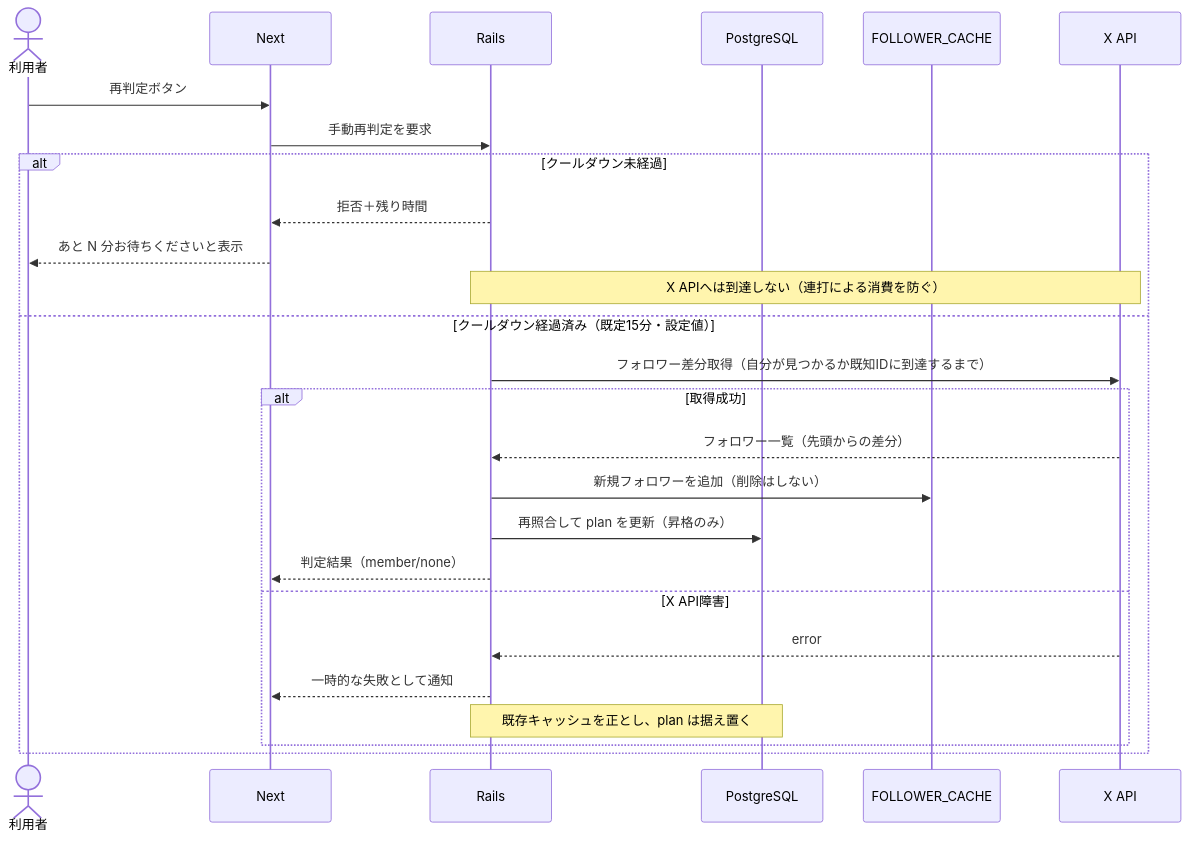
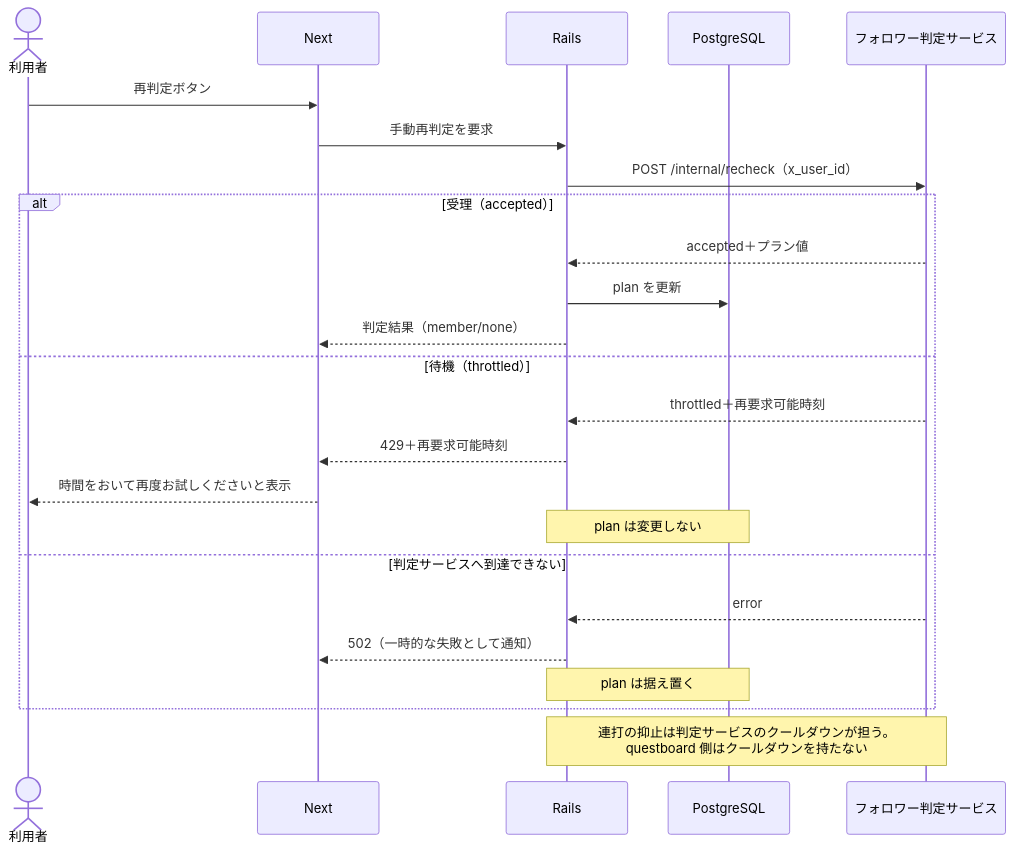
One commit to rictaworks/questboard changed the sixth of 12 diagrams in questboard_design_document.md. Above: the diagram before and after it, drawn with Mermaid. The commit also changed other lines of this file and 51 other files, not shown here.

First line of the commit message:
[機能] フォロワー判定を x-follower-gate へ委譲する (#254)

````diff
--- a/questboard_design_document.md
+++ b/questboard_design_document.md
@@ -422,29 +417,27 @@
 ```mermaid
 sequenceDiagram
     actor U as 利用者
     participant FE as Next
     participant API as Rails
     participant DB as PostgreSQL
-    participant CACHE as FOLLOWER_CACHE
-    participant XAPI as X API
+    participant GATE as フォロワー判定サービス
 
     U->>FE: 再判定ボタン
     FE->>API: 手動再判定を要求
-    alt クールダウン未経過
-        API-->>FE: 拒否＋残り時間
-        FE-->>U: あと N 分お待ちくださいと表示
-        Note over API,XAPI: X APIへは到達しない（連打による消費を防ぐ）
-    else クールダウン経過済み（既定15分・設定値）
-        API->>XAPI: フォロワー差分取得（自分が見つかるか既知IDに到達するまで）
-        alt 取得成功
-            XAPI-->>API: フォロワー一覧（先頭からの差分）
-            API->>CACHE: 新規フォロワーを追加（削除はしない）
-            API->>DB: 再照合して plan を更新（昇格のみ）
-            API-->>FE: 判定結果（member/none）
-        else X API障害
-            XAPI-->>API: error
-            API-->>FE: 一時的な失敗として通知
-            Note over API,DB: 既存キャッシュを正とし、plan は据え置く
-        end
+    API->>GATE: POST /internal/recheck（x_user_id）
+    alt 受理（accepted）
+        GATE-->>API: accepted＋プラン値
+        API->>DB: plan を更新
+        API-->>FE: 判定結果（member/none）
+    else 待機（throttled）
+        GATE-->>API: throttled＋再要求可能時刻
+        API-->>FE: 429＋再要求可能時刻
+        FE-->>U: 時間をおいて再度お試しくださいと表示
+        Note over API,DB: plan は変更しない
+    else 判定サービスへ到達できない
+        GATE-->>API: error
+        API-->>FE: 502（一時的な失敗として通知）
+        Note over API,DB: plan は据え置く
     end
+    Note over API,GATE: 連打の抑止は判定サービスのクールダウンが担う。<br/>questboard 側はクールダウンを持たない
 ```
````
